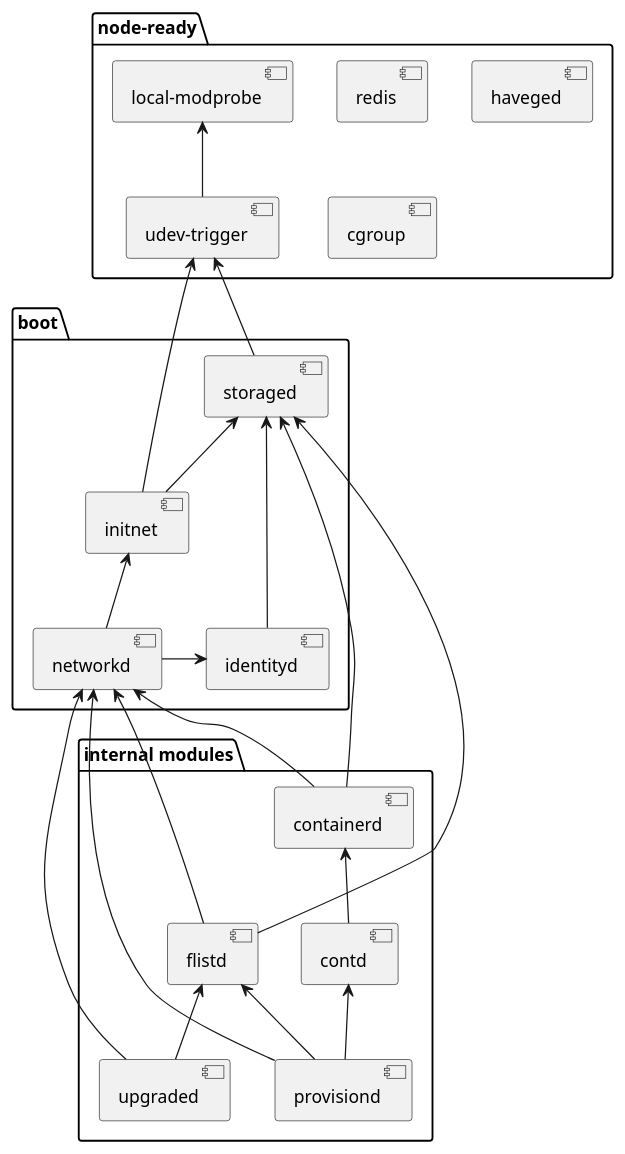
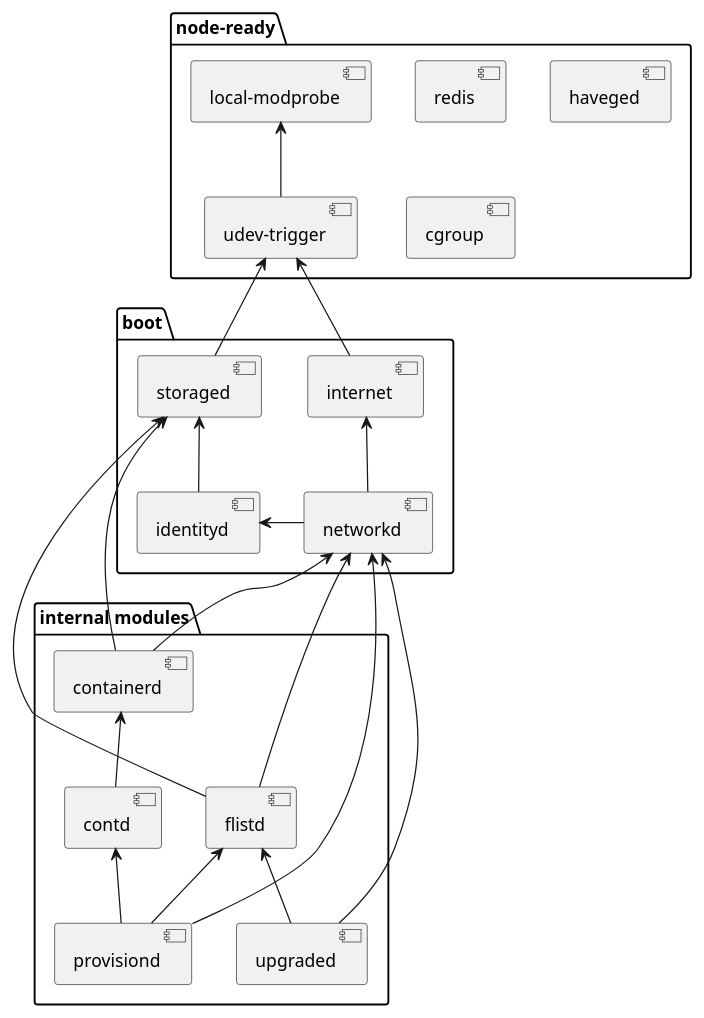
The diagram in assets/boot_sequence.plantuml (threefoldtech/zos), drawn with PlantUML before and after one commit.

Commit message:
Update uml file

```diff
--- a/assets/boot_sequence.plantuml
+++ b/assets/boot_sequence.plantuml
@@ -1,51 +1,50 @@
 @startuml
 
 package "node-ready"{
     [local-modprobe]
     [udev-trigger]
     [redis]
     [haveged]
     [cgroup]
     [redis]
 }
 
 package "boot" {
     [storaged]
-    [initnet]
+    [internet]
     [networkd]
     [identityd]
 }
 
 package "internal modules"{
     [flistd]
     [containerd]
     [contd]
     [upgraded]
     [provisiond]
 }
 
 [local-modprobe]<-- [udev-trigger]
 [udev-trigger] <-- [storaged]
-[udev-trigger] <-- [initnet]
-[storaged] <-- [initnet]
+[udev-trigger] <-- [internet]
 [storaged] <-- [identityd]
 
 [identityd] <- [networkd]
 
-[initnet] <-- [networkd]
+[internet] <-- [networkd]
 [networkd] <-- [containerd]
 [storaged] <-- [containerd]
 
 [containerd] <-- [contd]
 
 [storaged] <-- [flistd]
 [networkd] <-- [flistd]
 
 [flistd] <-- [upgraded]
 [networkd] <-- [upgraded]
 
 [networkd] <-- [provisiond]
 [flistd] <-- [provisiond]
 [contd] <-- [provisiond]
 
 @enduml
```
